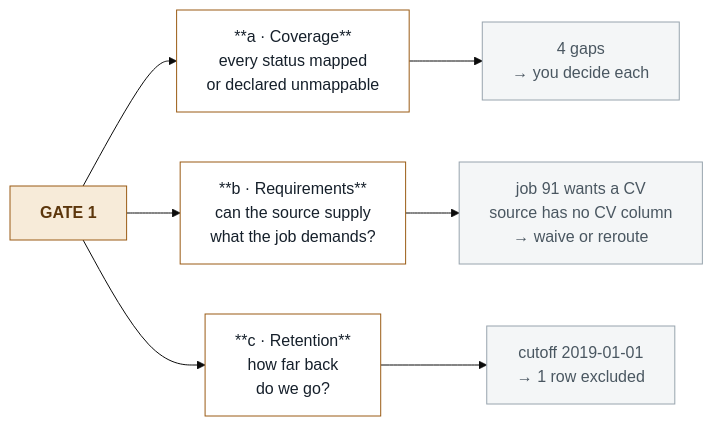
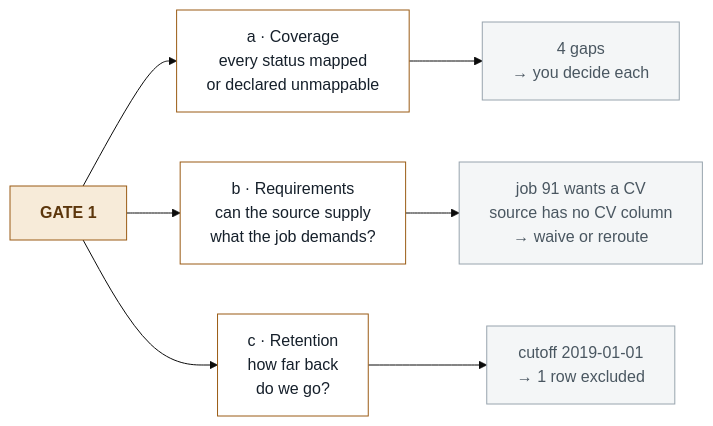
One commit to Fazal-Elahi/PinPointHQ changed the second of 4 diagrams in README.md. Above: the diagram before and after it, drawn with Mermaid (base theme). The commit also changed other lines of this file and 3 other files, not shown here.

````diff
--- a/README.md
+++ b/README.md
@@ -118,12 +124,12 @@
 ```mermaid
 flowchart LR
-    G1["GATE 1"]:::gate --> A["**a · Coverage**<br/>every status mapped<br/>or declared unmappable"]:::q
-    G1 --> B["**b · Requirements**<br/>can the source supply<br/>what the job demands?"]:::q
-    G1 --> C["**c · Retention**<br/>how far back<br/>do we go?"]:::q
+    G1["GATE 1"]:::gate --> A["a · Coverage<br/>every status mapped<br/>or declared unmappable"]:::q
+    G1 --> B["b · Requirements<br/>can the source supply<br/>what the job demands?"]:::q
+    G1 --> C["c · Retention<br/>how far back<br/>do we go?"]:::q
     A --> A2["4 gaps<br/>→ you decide each"]:::a
     B --> B2["job 91 wants a CV<br/>source has no CV column<br/>→ waive or reroute"]:::a
     C --> C2["cutoff 2019-01-01<br/>→ 1 row excluded"]:::a
     classDef gate fill:#f7ebd9,stroke:#9a5b14,color:#5c360c,font-weight:bold
     classDef q fill:#fff,stroke:#9a5b14,color:#16202b
     classDef a fill:#f4f6f7,stroke:#98a4ae,color:#4a5761
 ```
````
